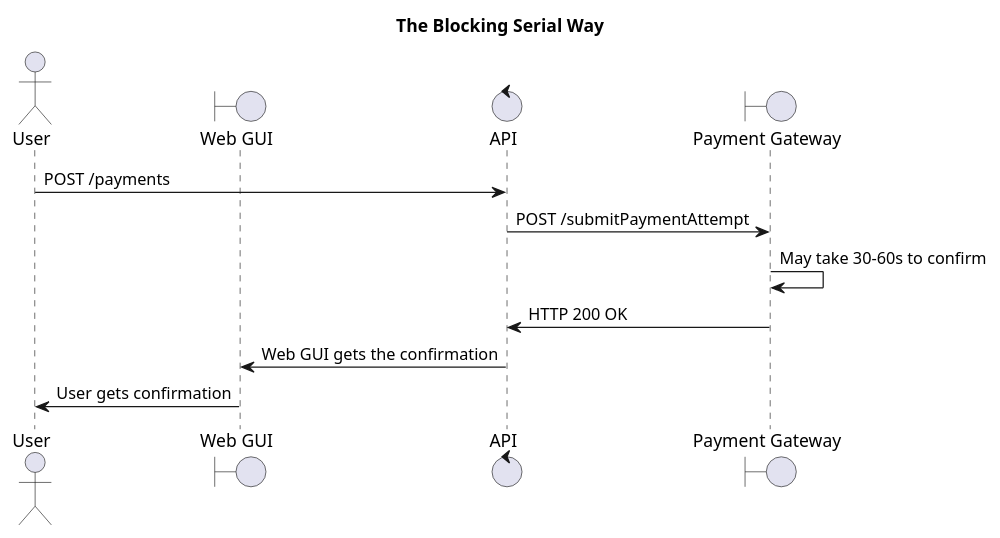
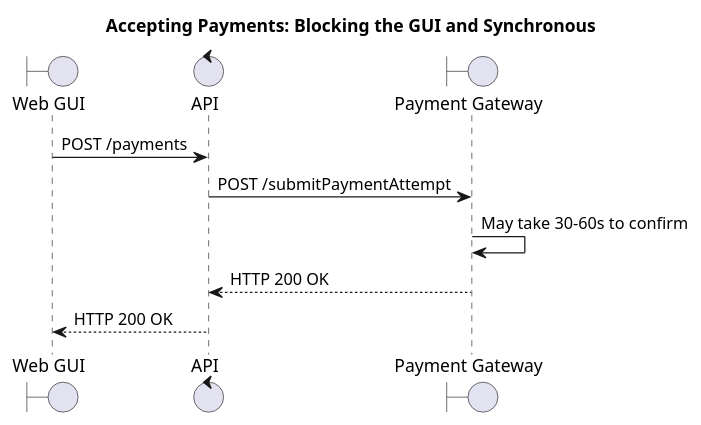
One commit to apisyouwonthate/book-build-apis-2 changed the first of 4 diagrams in src/1-theory/10-async.adoc. Above: the diagram before and after it, drawn with PlantUML. The commit also changed other lines of this file and 2 other files, not shown here.

```diff
--- a/src/1-theory/10-async.adoc
+++ b/src/1-theory/10-async.adoc
@@ -14,20 +244,18 @@
 [plantuml]
 ---------------------------------------------------------------------
 @startuml
 
-title The Blocking Serial Way
+title Accepting Payments: Blocking the GUI and Synchronous
 
-actor User
 boundary "Web GUI" as GUI
 control "API"
 boundary "Payment Gateway" as PG
 
-User -> API: POST /payments
+GUI -> API: POST /payments
 API -> PG: POST /submitPaymentAttempt
 PG -> PG: May take 30-60s to confirm
-API <- PG: HTTP 200 OK
-GUI <- API: Web GUI gets the confirmation
-User <- GUI: User gets confirmation
+API <-- PG: HTTP 200 OK
+GUI <-- API: HTTP 200 OK
 
 @enduml
 ---------------------------------------------------------------------
```
